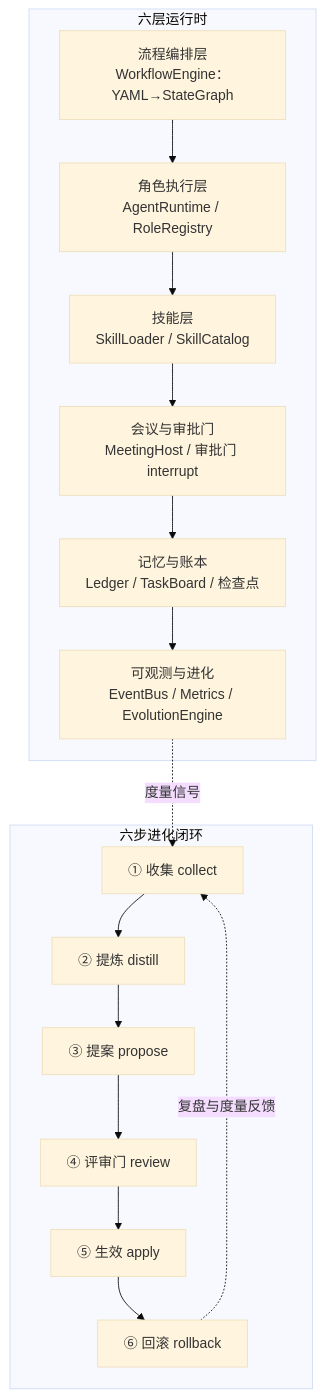
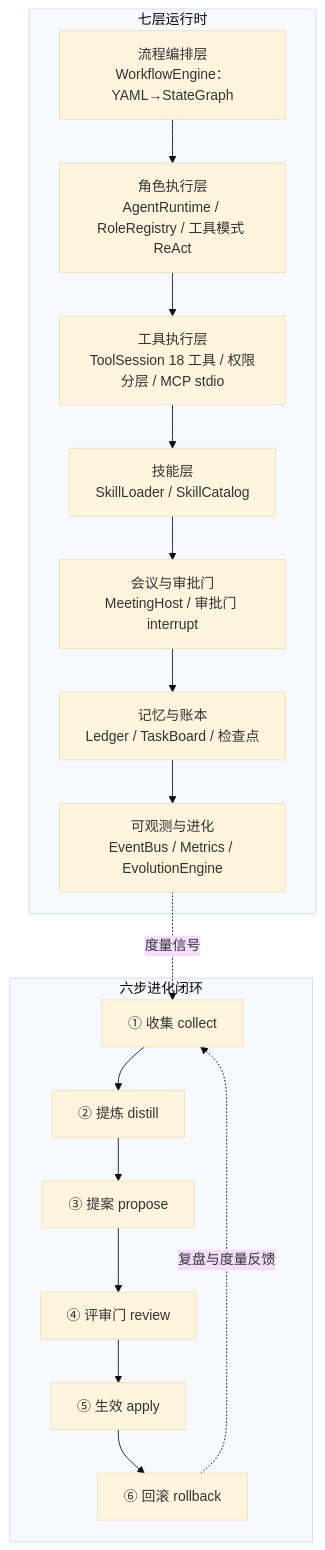
One commit to Natsummerance/agent-cluster-runtime changed the diagram in docs/PRODUCT.md. Above: the diagram before and after it, drawn with Mermaid (base theme). The commit also changed other lines of this file and 12 other files, not shown here.

Commit message:
Task 9.5: CLI 工具模式（--workspace/--mcp/--max-rounds/--tool-script/--skills-root）+ tools/mcp 子命令 + 示例流程与文档 0.2.0

````diff
--- a/docs/PRODUCT.md
+++ b/docs/PRODUCT.md
@@ -65,20 +69,21 @@
 ```mermaid
 flowchart TD
-    subgraph 六层运行时
+    subgraph 七层运行时
         P1[流程编排层<br/>WorkflowEngine：YAML→StateGraph]
-        P2[角色执行层<br/>AgentRuntime / RoleRegistry]
-        P3[技能层<br/>SkillLoader / SkillCatalog]
-        P4[会议与审批门<br/>MeetingHost / 审批门 interrupt]
-        P5[记忆与账本<br/>Ledger / TaskBoard / 检查点]
-        P6[可观测与进化<br/>EventBus / Metrics / EvolutionEngine]
+        P2[角色执行层<br/>AgentRuntime / RoleRegistry / 工具模式 ReAct]
+        P3[工具执行层<br/>ToolSession 18 工具 / 权限分层 / MCP stdio]
+        P4[技能层<br/>SkillLoader / SkillCatalog]
+        P5[会议与审批门<br/>MeetingHost / 审批门 interrupt]
+        P6[记忆与账本<br/>Ledger / TaskBoard / 检查点]
+        P7[可观测与进化<br/>EventBus / Metrics / EvolutionEngine]
     end
 
     subgraph 六步进化闭环
         E1[① 收集 collect] --> E2[② 提炼 distill] --> E3[③ 提案 propose]
         E3 --> E4[④ 评审门 review] --> E5[⑤ 生效 apply] --> E6[⑥ 回滚 rollback]
         E6 -. 复盘与度量反馈 .-> E1
     end
 
-    P1 --> P2 --> P3 --> P4 --> P5 --> P6
-    P6 -. 度量信号 .-> E1
+    P1 --> P2 --> P3 --> P4 --> P5 --> P6 --> P7
+    P7 -. 度量信号 .-> E1
 ```
````
